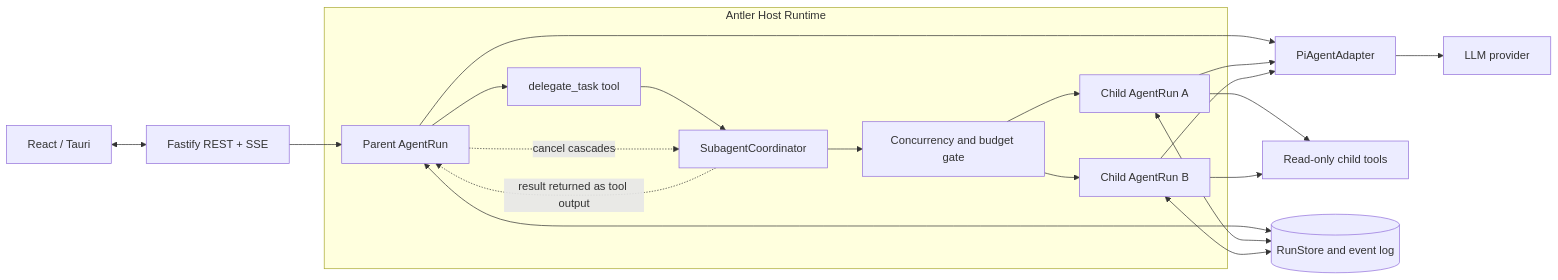
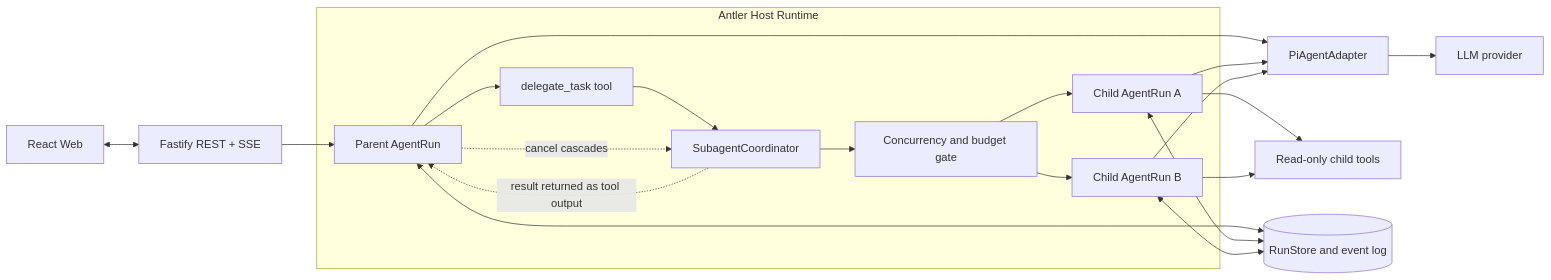
Before and after one commit to junqing258/antler: the diagram in docs/diagrams/subagent-runtime-v1.mmd, drawn with Mermaid. The commit also changed 101 other files, not shown here.

```diff
--- a/docs/diagrams/subagent-runtime-v1.mmd
+++ b/docs/diagrams/subagent-runtime-v1.mmd
@@ -1,34 +1,34 @@
 flowchart LR
-  UI["React / Tauri"]
+  UI["React Web"]
   API["Fastify REST + SSE"]
 
   subgraph Host["Antler Host Runtime"]
     Parent["Parent AgentRun"]
     Tool["delegate_task tool"]
     Coordinator["SubagentCoordinator"]
     Scheduler["Concurrency and budget gate"]
     ChildA["Child AgentRun A"]
     ChildB["Child AgentRun B"]
   end
 
   Adapter["PiAgentAdapter"]
   Provider["LLM provider"]
   Tools["Read-only child tools"]
   Store[("RunStore and event log")]
 
   UI <--> API
   API --> Parent
   Parent --> Tool --> Coordinator --> Scheduler
   Scheduler --> ChildA
   Scheduler --> ChildB
   Parent <--> Store
   ChildA <--> Store
   ChildB <--> Store
   Parent --> Adapter
   ChildA --> Adapter
   ChildB --> Adapter
   Adapter --> Provider
   ChildA --> Tools
   ChildB --> Tools
   Coordinator -. "result returned as tool output" .-> Parent
   Parent -. "cancel cascades" .-> Coordinator
```
